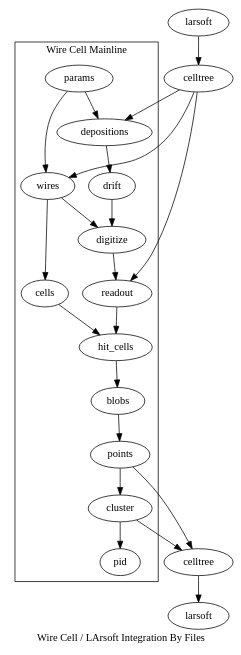
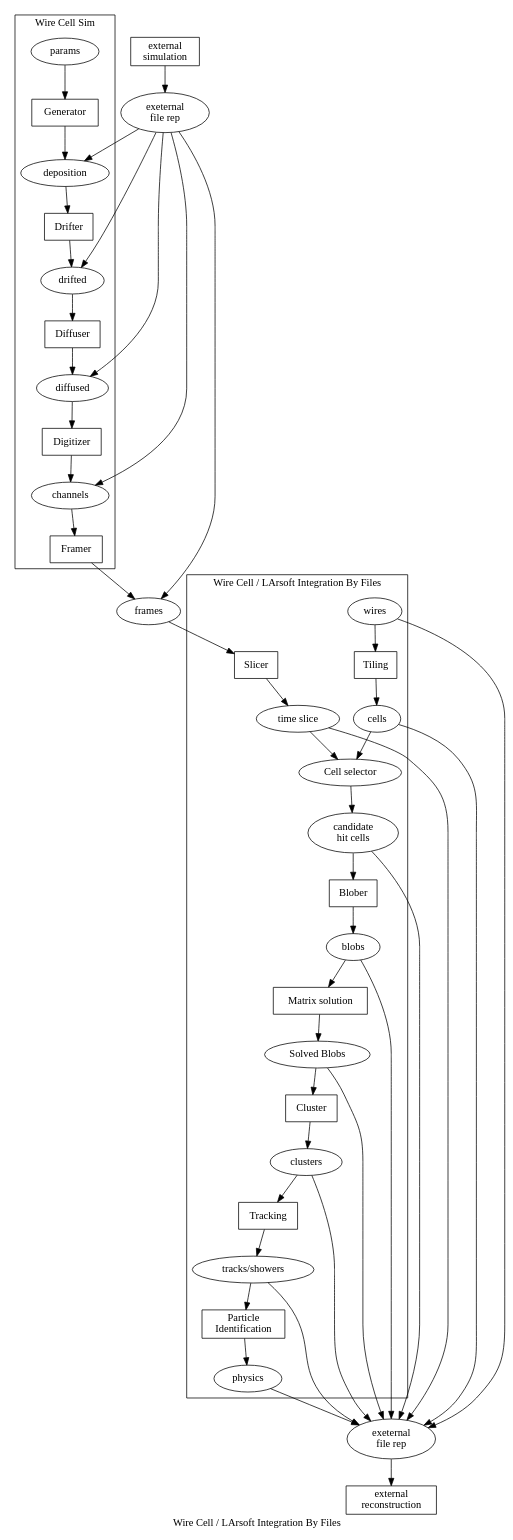
One commit to WireCell/wire-cell-docs changed the diagram in presentations/software/big-flow.dot. Above: the diagram before and after it, drawn with Graphviz. The commit also changed 8 other files, not shown here.

```diff
--- a/presentations/software/big-flow.dot
+++ b/presentations/software/big-flow.dot
@@ -1,40 +1,74 @@
 digraph "G" {
 	label="Wire Cell / LArsoft Integration By Files"
 
-subgraph cluster_mainline {
-	label="Wire Cell Mainline";
+	producer[label="external\nsimulation",shape=box];
+	indata[label="exeternal\nfile rep"];
+
+	
+
+subgraph cluster_sim {
+	label="Wire Cell Sim";
 	
 	params;
-	depositions;
-	drift;
-	digitize;
-	readout;
-	hit_cells;
+	kingen[shape=box,label="Generator"];
+	depos[label="deposition"];
+	drift[shape=box, label="Drifter"];
+	depos2[label="drifted"];
+	diffuser[shape=box, label="Diffuser"];
+	diffused[label="diffused"]
+	digitizer[shape=box,label="Digitizer"];
+	channels;
+	framer[shape=box,label="Framer"];
+}
+
+	frames;
+	
+subgraph cluster_alg {
+	wires;
+	tiling[label="Tiling",shape=box];
+	cells;
+
+	slicer[shape=box,label="Slicer"];
+	slice[label="time slice"];
+	cellsel[label="Cell selector"];
+	hitcells[label="candidate\nhit cells"];
+	blober[shape=box,label="Blober"];
 	blobs;
-	deblob;
-	cluster;
-	pid;
-	wires;
-	cells;
-	digitize;
+	matrix[shape=box,label="Matrix solution"];
+	blobs2[label="Solved Blobs"];
+	clustering[shape=box,label="Cluster"];
+	clusters;
+	tracking[shape=box,label="Tracking"];
+	trkshw[label="tracks/showers"];
+	pid[shape=box,label="Particle\nIdentification"];
+	physics;
+	
+}		  
 
-	}
+	outdata[label="exeternal\nfile rep"];
+	consumer[label="external\nreconstruction",shape=box];
+	
 
-	params->depositions->drift->digitize->readout->hit_cells->blobs->deblob->cluster->pid;
-	params->wires->cells->hit_cells;
-	wires->digitize;
-
-	larsoft->celltree->depositions;
-	celltree->wires;
-	celltree->readout;
+	producer->indata;
+	indata->depos;
+	indata->depos2;
+	indata->diffused;
+	indata->channels;
+	indata->frames;
 	
-	deblob[label="points"];
-	celltree2[label="celltree"];
-	larsoft2[label="larsoft"];
+	params->kingen->depos->drift->depos2->diffuser->diffused->digitizer->channels->framer->frames;
 	
-	deblob->celltree2;
-	cluster->celltree2;
-
-	celltree2->larsoft2;
+	wires->tiling->cells->cellsel;
 	
+	frames->slicer->slice->cellsel->hitcells->blober->blobs->matrix->blobs2->clustering->clusters->tracking->trkshw->pid->physics;
+	wires->outdata;
+	cells->outdata;
+	slice->outdata;
+	hitcells->outdata;
+	blobs->outdata;
+	blobs2->outdata;
+	clusters->outdata;
+	trkshw->outdata;
+	physics->outdata;
+	outdata->consumer;
 }
```
